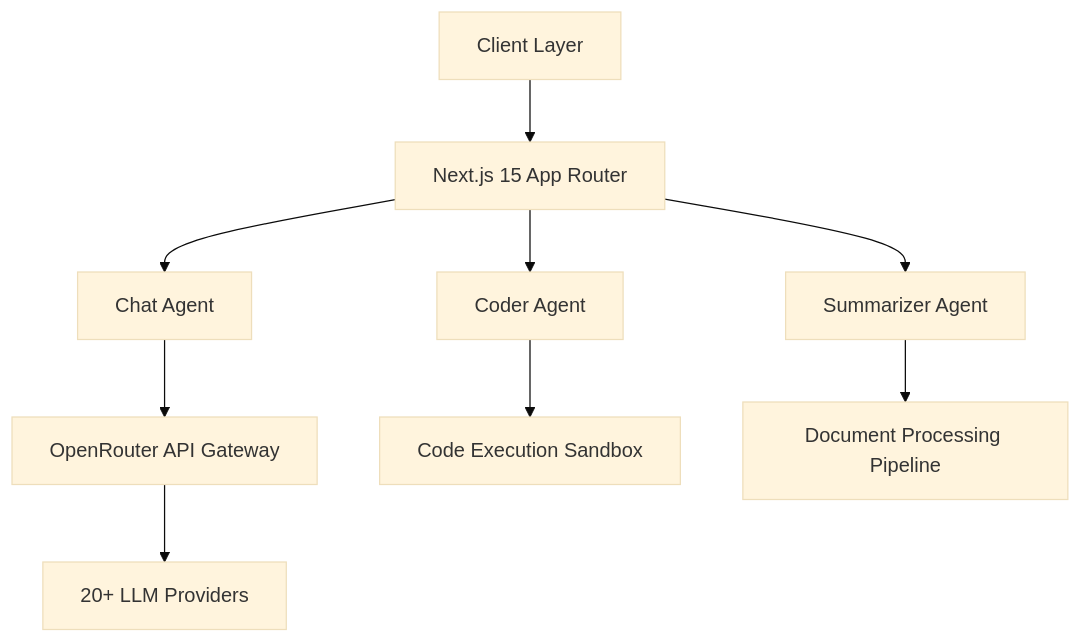
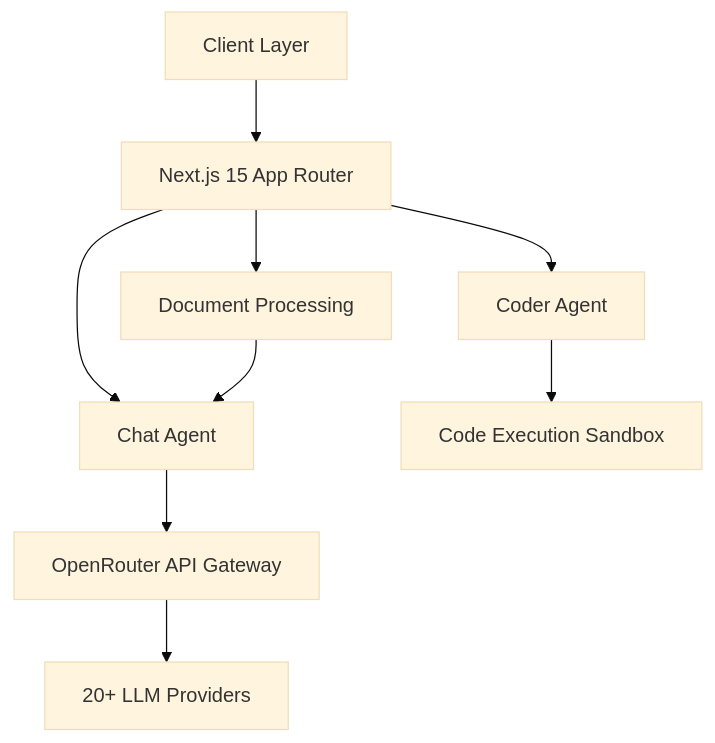
Before and after one commit to Suryanshu-Nabheet/AiBoT: the diagram in README.md, drawn with Mermaid (base theme). The commit also changed other lines of this file and 21 other files, not shown here.

````diff
--- a/README.md
+++ b/README.md
@@ -28,11 +28,11 @@
 ```mermaid
 graph TB
     A[Client Layer] --> B[Next.js 15 App Router]
     B --> C[Chat Agent]
     B --> D[Coder Agent]
-    B --> E[Summarizer Agent]
+    B --> E[Document Processing]
     C --> F[OpenRouter API Gateway]
     D --> G[Code Execution Sandbox]
-    E --> H[Document Processing Pipeline]
+    E --> C
     F --> I[20+ LLM Providers]
 ```
````
